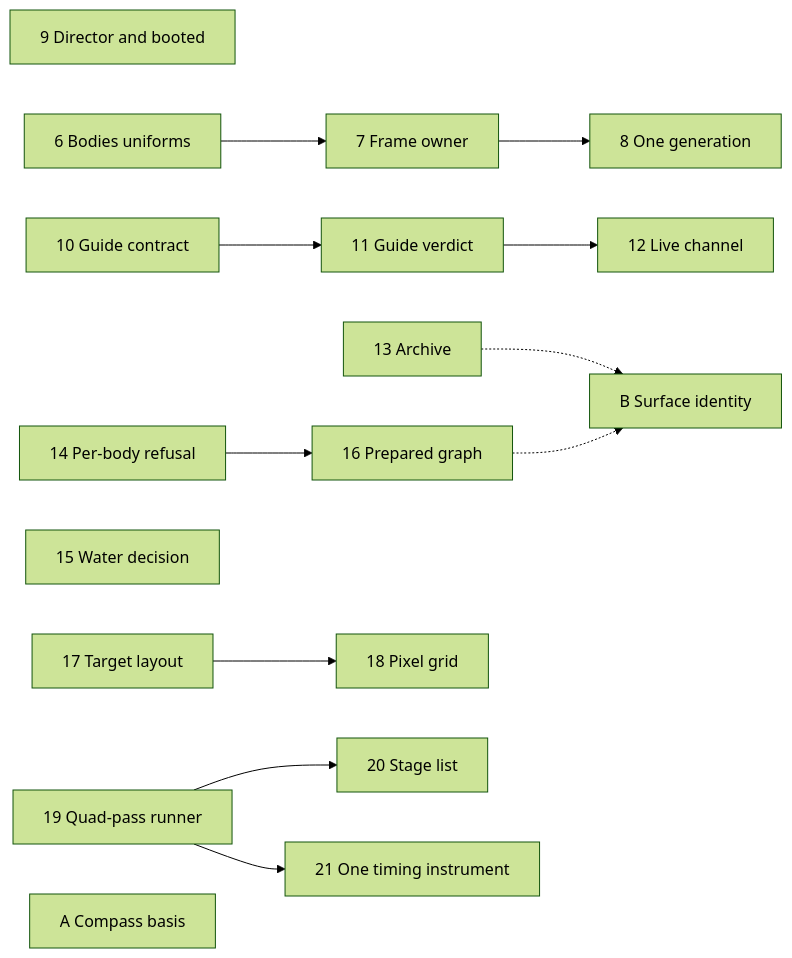
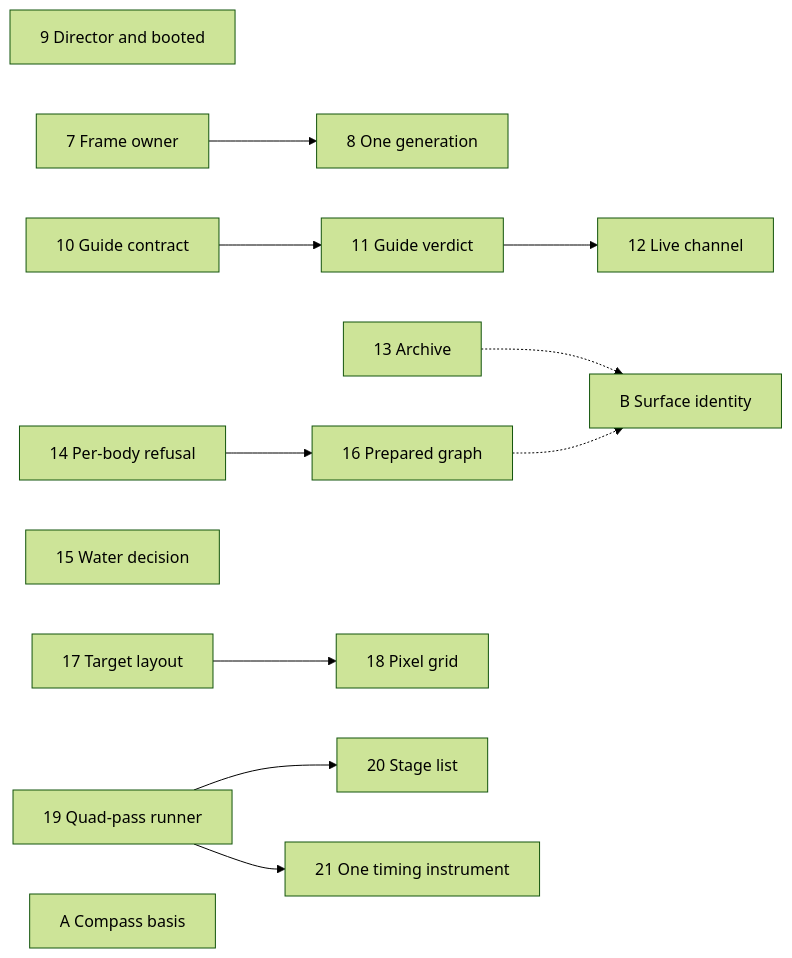
The diagram in design/plans/arch-review.md (jonjaques/inertialref), drawn with Mermaid (forest theme) before and after one commit. The commit also changed other lines of this file and 12 other files, not shown here.

````diff
--- a/design/plans/arch-review.md
+++ b/design/plans/arch-review.md
@@ -70,17 +70,16 @@
 ```mermaid
 flowchart LR
   P9[9 Director and booted]
   P7[7 Frame owner]
-  P6[6 Bodies uniforms] --> P7
   P7 --> P8[8 One generation]
   P10[10 Guide contract] --> P11[11 Guide verdict] --> P12[12 Live channel]
   P13[13 Archive]
   P14[14 Per-body refusal] --> P16[16 Prepared graph]
   P15[15 Water decision]
   P17[17 Target layout] --> P18[18 Pixel grid]
   P19[19 Quad-pass runner] --> P20[20 Stage list]
   P19 --> P21[21 One timing instrument]
   A[A Compass basis]
   P13 -.-> B[B Surface identity]
   P16 -.-> B
 ```
````
